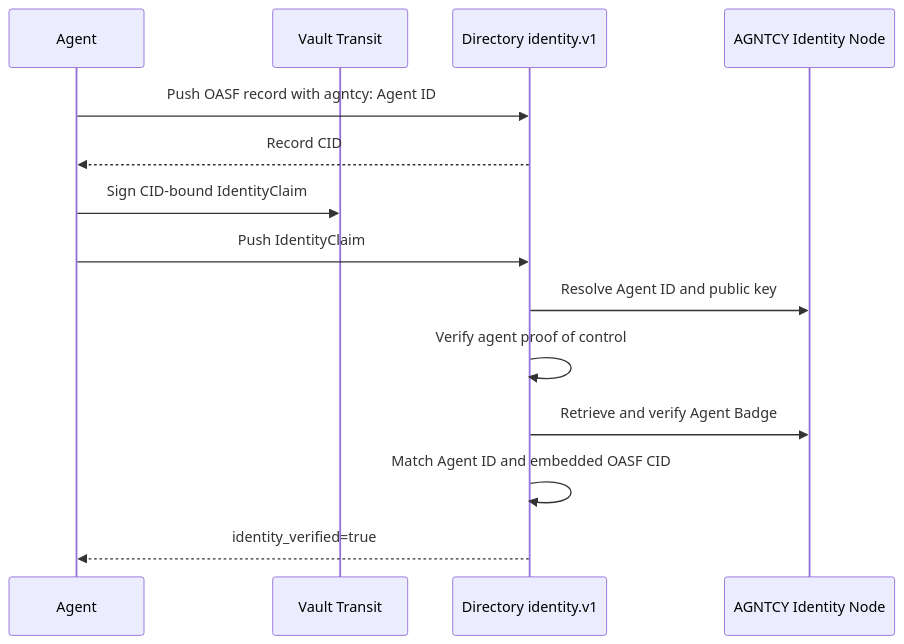
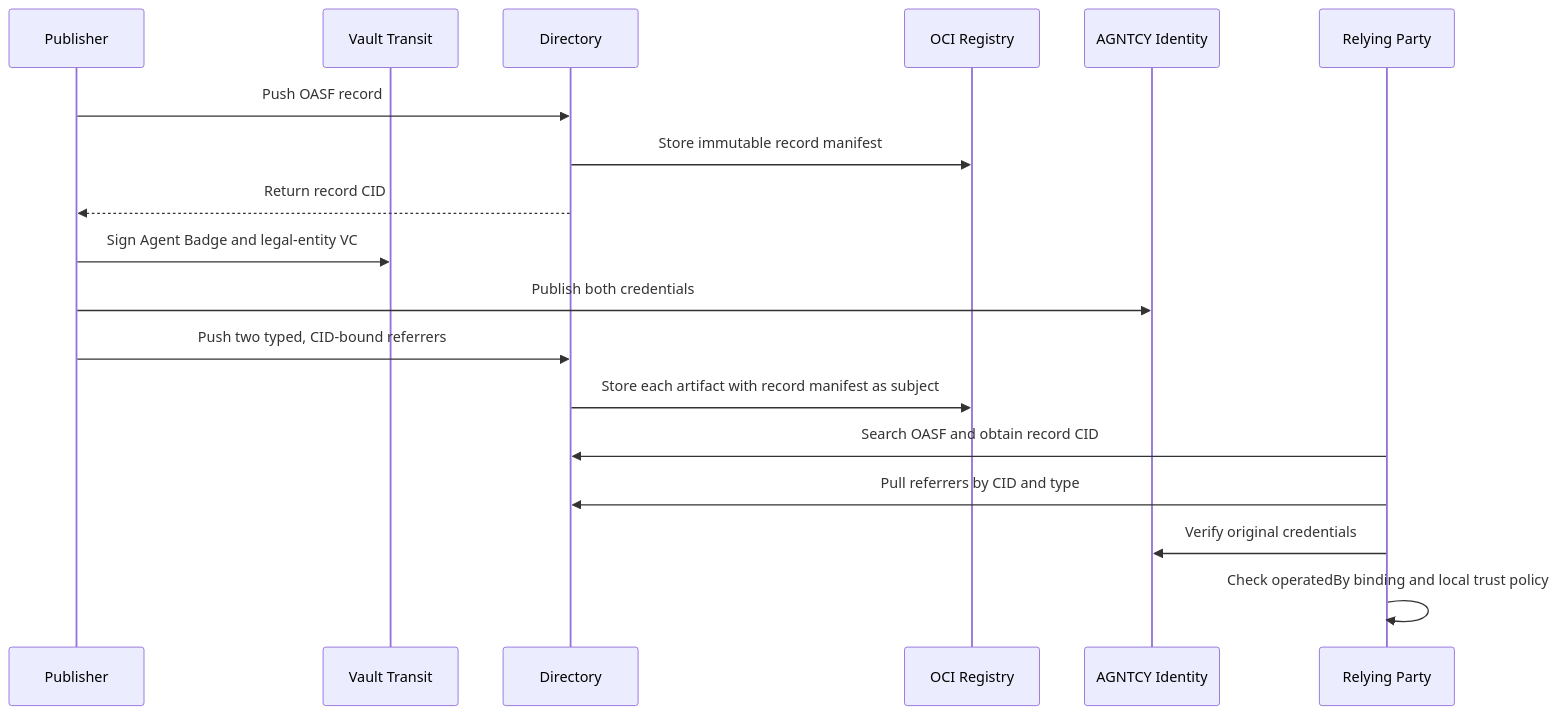
The first of 2 diagrams in oci-typed-artifacts-poc/DRAFT-DIRECTORY-MAINTAINER-COMMENT.md (agntcy/agent-identity-demos), drawn with Mermaid before and after one commit. The commit also changed other lines of this file, not shown here.

Commit message:
Lead trust discussion with OCI referrer PoC

````diff
--- a/oci-typed-artifacts-poc/DRAFT-DIRECTORY-MAINTAINER-COMMENT.md
+++ b/oci-typed-artifacts-poc/DRAFT-DIRECTORY-MAINTAINER-COMMENT.md
@@ -35,17 +66,21 @@
 ```mermaid
 sequenceDiagram
-    participant A as Agent
+    participant P as Publisher
     participant V as Vault Transit
-    participant D as Directory identity.v1
-    participant I as AGNTCY Identity Node
+    participant D as Directory
+    participant O as OCI Registry
+    participant I as AGNTCY Identity
+    participant R as Relying Party
 
-    A->>D: Push OASF record with agntcy: Agent ID
-    D-->>A: Record CID
-    A->>V: Sign CID-bound IdentityClaim
-    A->>D: Push IdentityClaim
-    D->>I: Resolve Agent ID and public key
-    D->>D: Verify agent proof of control
-    D->>I: Retrieve and verify Agent Badge
-    D->>D: Match Agent ID and embedded OASF CID
-    D-->>A: identity_verified=true
+    P->>D: Push OASF record
+    D->>O: Store immutable record manifest
+    D-->>P: Return record CID
+    P->>V: Sign Agent Badge and legal-entity VC
+    P->>I: Publish both credentials
+    P->>D: Push two typed, CID-bound referrers
+    D->>O: Store each artifact with record manifest as subject
+    R->>D: Search OASF and obtain record CID
+    R->>D: Pull referrers by CID and type
+    R->>I: Verify original credentials
+    R->>R: Check operatedBy binding and local trust policy
 ```
````
